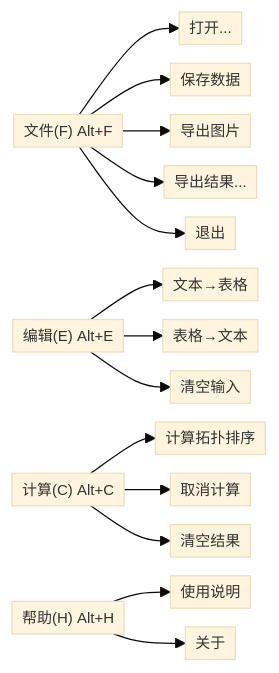
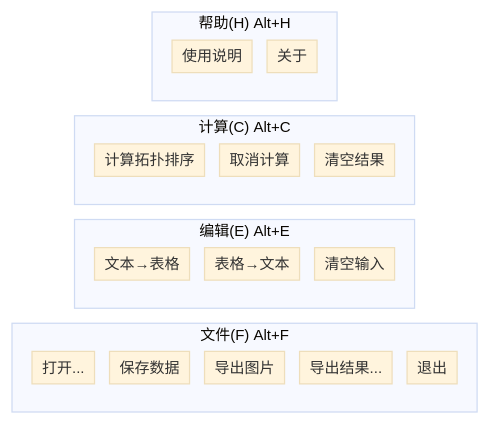
One commit to yyj138/topological-sort changed the second of 7 diagrams in docs/详细设计报告-GUI.md. Above: the diagram before and after it, drawn with Mermaid.

Commit message:
【T-B】§2.3菜单结构改横向四列：用4个subgraph从左到右排列文件/编辑/计算/帮助，每个菜单内子项纵向展开，不再上下堆叠

````diff
--- a/docs/详细设计报告-GUI.md
+++ b/docs/详细设计报告-GUI.md
@@ -94,20 +94,29 @@
 ```mermaid
-%%{init: {'theme':'base','themeVariables':{'fontSize':'12px'},'flowchart':{'nodeSpacing':15,'rankSpacing':25,'padding':4}}}%%
+%%{init: {'theme':'base','themeVariables':{'fontSize':'12px'},'flowchart':{'nodeSpacing':12,'rankSpacing':20,'padding':4}}}%%
 flowchart LR
-    F["文件(F) Alt+F"] --> F1["打开..."]
-    F --> F2["保存数据"]
-    F --> F3["导出图片"]
-    F --> F4["导出结果..."]
-    F --> F5["退出"]
-
-    E["编辑(E) Alt+E"] --> E1["文本→表格"]
-    E --> E2["表格→文本"]
-    E --> E3["清空输入"]
-
-    C["计算(C) Alt+C"] --> C1["计算拓扑排序"]
-    C --> C2["取消计算"]
-    C --> C3["清空结果"]
-
-    H["帮助(H) Alt+H"] --> H1["使用说明"]
-    H --> H2["关于"]
+    subgraph Fg["文件(F) Alt+F"]
+        direction TB
+        F1["打开..."]
+        F2["保存数据"]
+        F3["导出图片"]
+        F4["导出结果..."]
+        F5["退出"]
+    end
+    subgraph Eg["编辑(E) Alt+E"]
+        direction TB
+        E1["文本→表格"]
+        E2["表格→文本"]
+        E3["清空输入"]
+    end
+    subgraph Cg["计算(C) Alt+C"]
+        direction TB
+        C1["计算拓扑排序"]
+        C2["取消计算"]
+        C3["清空结果"]
+    end
+    subgraph Hg["帮助(H) Alt+H"]
+        direction TB
+        H1["使用说明"]
+        H2["关于"]
+    end
 ```
````
